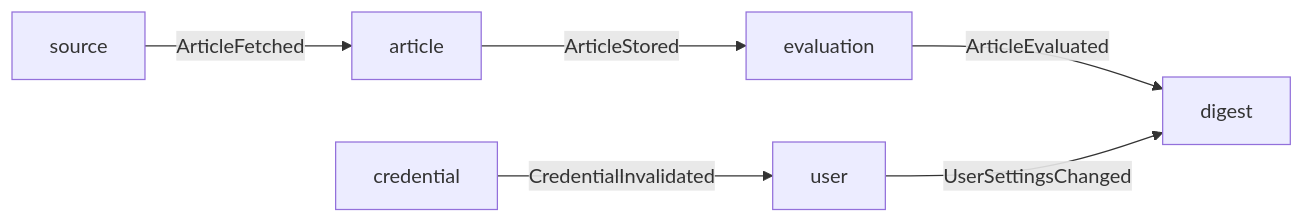
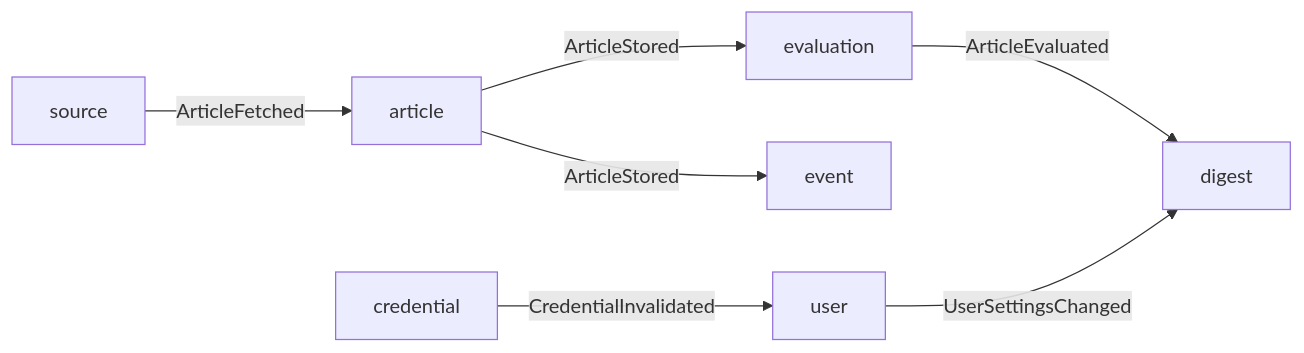
One commit to Theia0382/yozm-news changed the second of 2 diagrams in docs/overview.md. Above: the diagram before and after it, drawn with Mermaid. The commit also changed other lines of this file and 3 other files, not shown here.

````diff
--- a/docs/overview.md
+++ b/docs/overview.md
@@ -119,8 +133,9 @@
 ```mermaid
 flowchart LR
     source -- ArticleFetched --> article
     article -- ArticleStored --> evaluation
+    article -- ArticleStored --> event
     evaluation -- ArticleEvaluated --> digest
     user -- UserSettingsChanged --> digest
     credential -- CredentialInvalidated --> user
 ```
````
